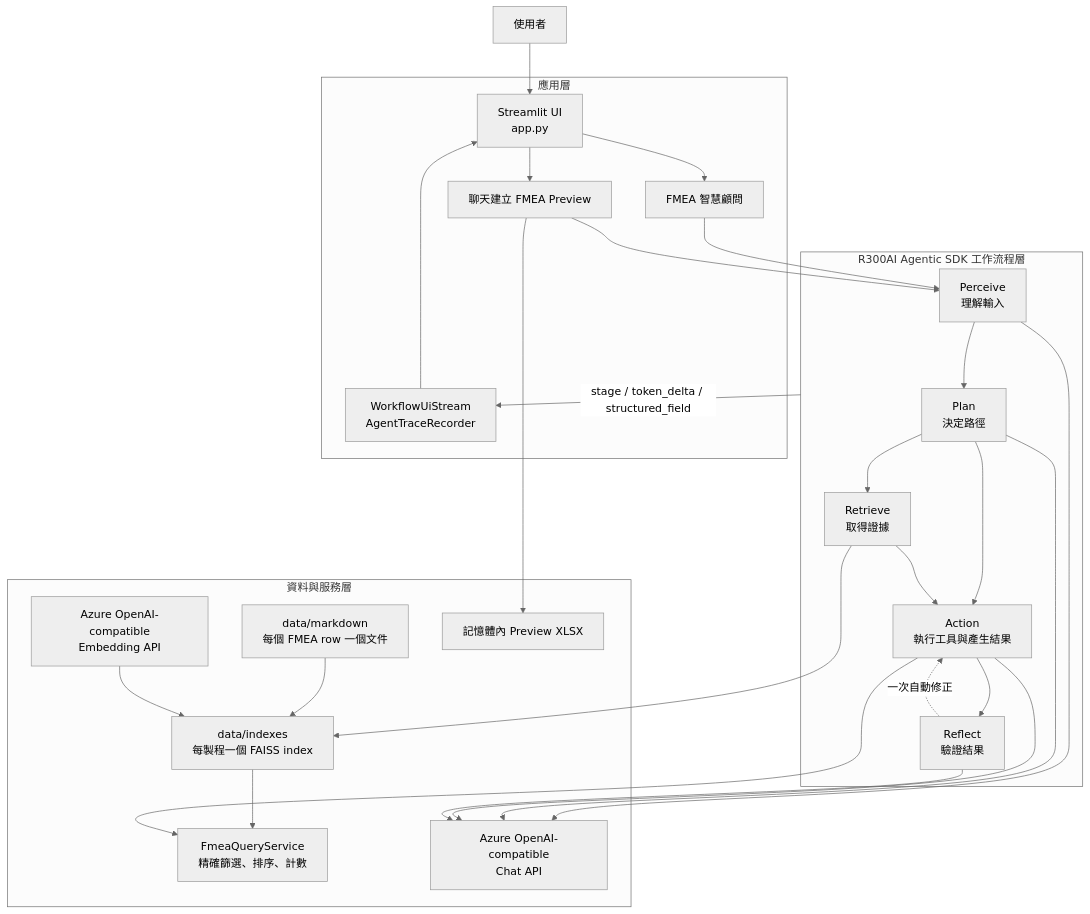
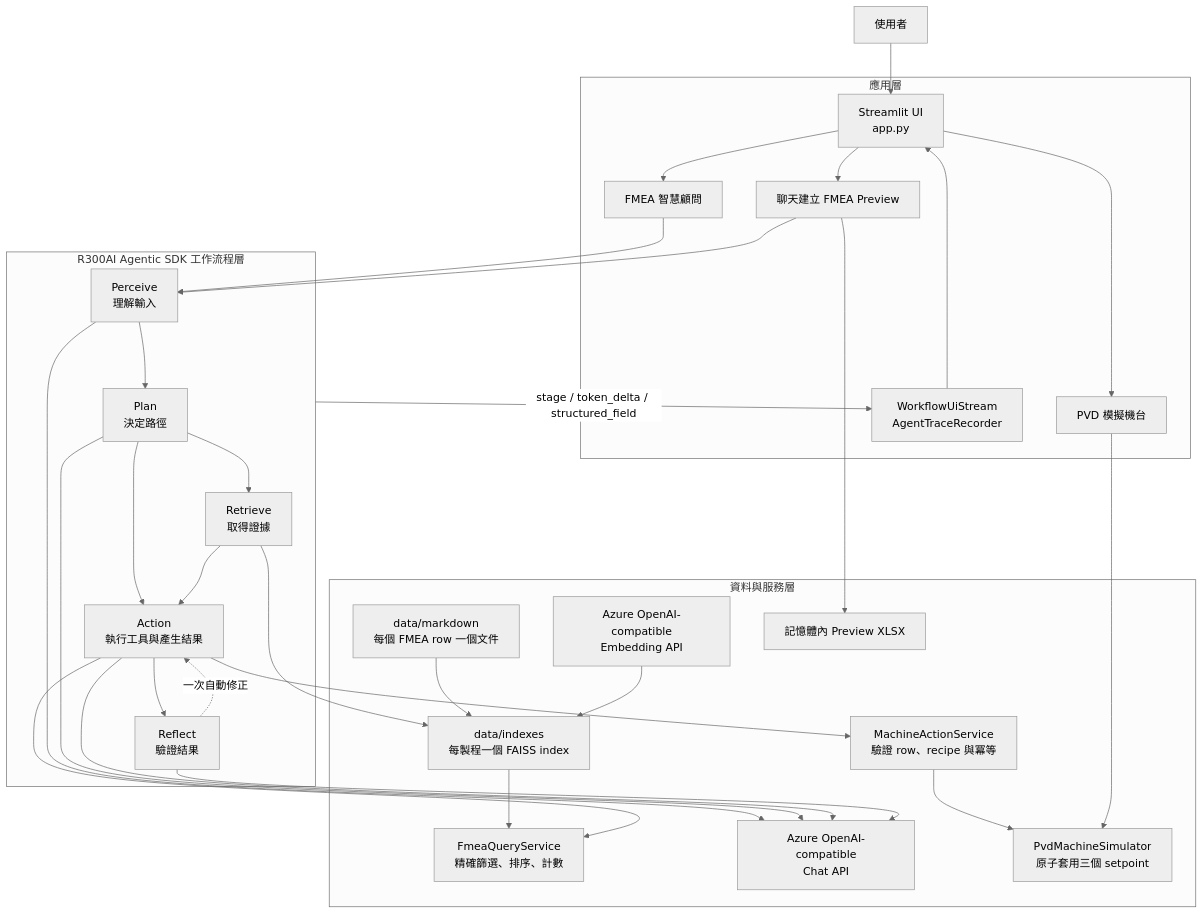
One commit to arrui0915-nthu/fmea_agentic_sdk changed the first of 6 diagrams in README.md. Above: the diagram before and after it, drawn with Mermaid (neutral theme). The commit also changed other lines of this file and 2 other files, not shown here.

````diff
--- a/README.md
+++ b/README.md
@@ -17,49 +17,55 @@
 ```mermaid
 flowchart TB
     User[使用者] --> UI[Streamlit UI<br/>app.py]
 
     subgraph Application[應用層]
         UI --> Chat[FMEA 智慧顧問]
         UI --> Preview[聊天建立 FMEA Preview]
+        UI --> MachinePage[PVD 模擬機台]
         UIS[WorkflowUiStream<br/>AgentTraceRecorder]
     end
 
     subgraph SDK[R300AI Agentic SDK 工作流程層]
         P[Perceive<br/>理解輸入]
         L[Plan<br/>決定路徑]
         R[Retrieve<br/>取得證據]
         A[Action<br/>執行工具與產生結果]
         F[Reflect<br/>驗證結果]
         P --> L
         L --> R
         L --> A
         R --> A
         A --> F
         F -. 一次自動修正 .-> A
     end
 
     Chat --> P
     Preview --> P
     SDK -- stage / token_delta / structured_field --> UIS
     UIS --> UI
 
     subgraph Knowledge[資料與服務層]
         MD[data/markdown<br/>每個 FMEA row 一個文件]
         IDX[data/indexes<br/>每製程一個 FAISS index]
         Query[FmeaQueryService<br/>精確篩選、排序、計數]
         LLM[Azure OpenAI-compatible<br/>Chat API]
         EMB[Azure OpenAI-compatible<br/>Embedding API]
         XLSX[記憶體內 Preview XLSX]
+        MachineSvc[MachineActionService<br/>驗證 row、recipe 與冪等]
+        Simulator[PvdMachineSimulator<br/>原子套用三個 setpoint]
         MD --> IDX
         EMB --> IDX
         IDX --> Query
+        MachineSvc --> Simulator
     end
 
     R --> IDX
     A --> Query
+    A --> MachineSvc
+    MachinePage --> Simulator
     P --> LLM
     L --> LLM
     A --> LLM
     F --> LLM
     Preview --> XLSX
 ```
````
